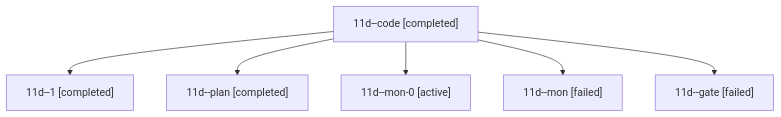
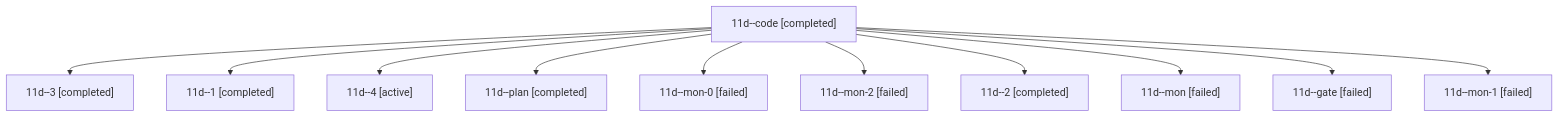
Before and after one commit to bobs-org/bob-cli--agents: the diagram in sessions/bbugyi200.athena.11d.md, drawn with Mermaid. The commit also changed other lines of this file and 43 other files, not shown here.

````diff
--- a/sessions/bbugyi200.athena.11d.md
+++ b/sessions/bbugyi200.athena.11d.md
@@ -9,14 +9,24 @@
 ```mermaid
 flowchart TD
   n0["11d--code [completed]"]
-  n1["11d--1 [completed]"]
+  n1["11d--3 [completed]"]
   n0 --> n1
-  n2["11d--plan [completed]"]
+  n2["11d--1 [completed]"]
   n0 --> n2
-  n3["11d--mon-0 [active]"]
+  n3["11d--4 [active]"]
   n0 --> n3
-  n4["11d--mon [failed]"]
+  n4["11d--plan [completed]"]
   n0 --> n4
-  n5["11d--gate [failed]"]
+  n5["11d--mon-0 [failed]"]
   n0 --> n5
+  n6["11d--mon-2 [failed]"]
+  n0 --> n6
+  n7["11d--2 [completed]"]
+  n0 --> n7
+  n8["11d--mon [failed]"]
+  n0 --> n8
+  n9["11d--gate [failed]"]
+  n0 --> n9
+  n10["11d--mon-1 [failed]"]
+  n0 --> n10
 ```
````
